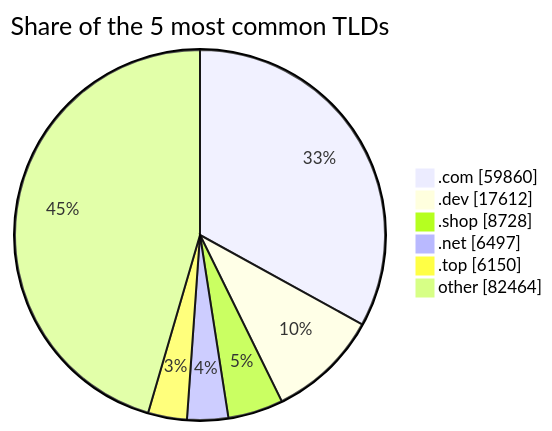
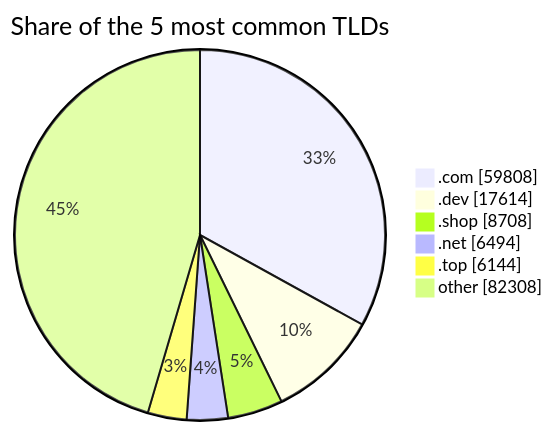
Before and after one commit to DNSBunker/CTI: the third of 3 diagrams in README.md, drawn with Mermaid. The commit also changed other lines of this file and 3 other files, not shown here.

````diff
--- a/README.md
+++ b/README.md
@@ -81,9 +81,9 @@
 ```mermaid
 pie showData title Share of the 5 most common TLDs
-    ".com" : 59860
-    ".dev" : 17612
-    ".shop" : 8728
-    ".net" : 6497
-    ".top" : 6150
-    "other" : 82464
+    ".com" : 59808
+    ".dev" : 17614
+    ".shop" : 8708
+    ".net" : 6494
+    ".top" : 6144
+    "other" : 82308
 ```
````
